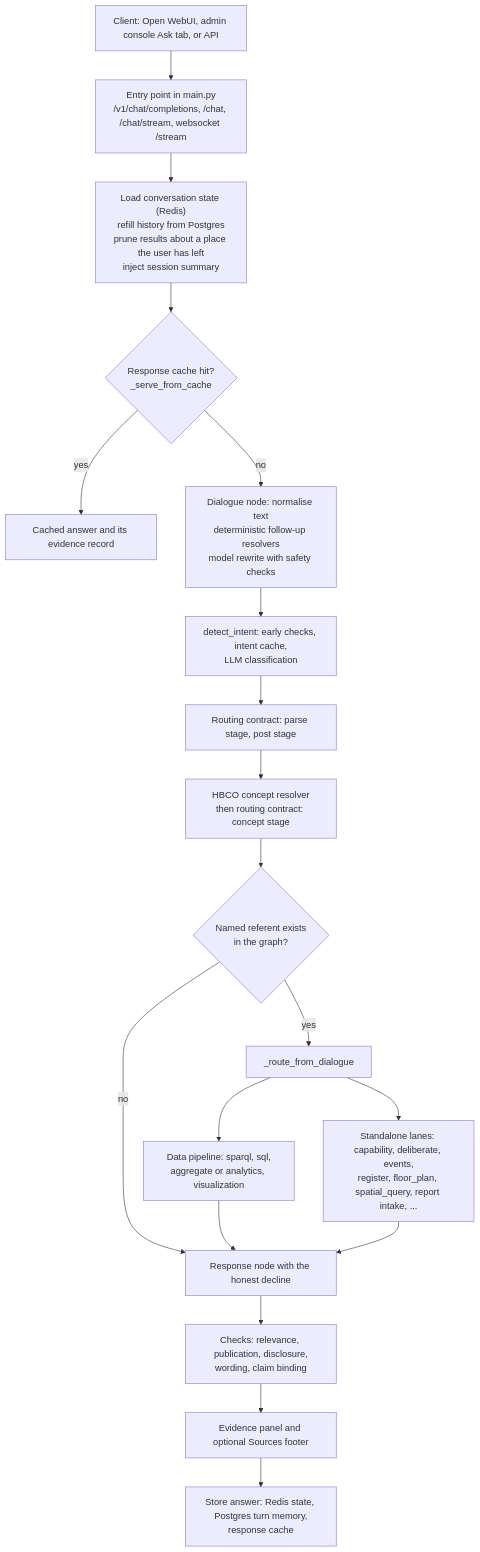
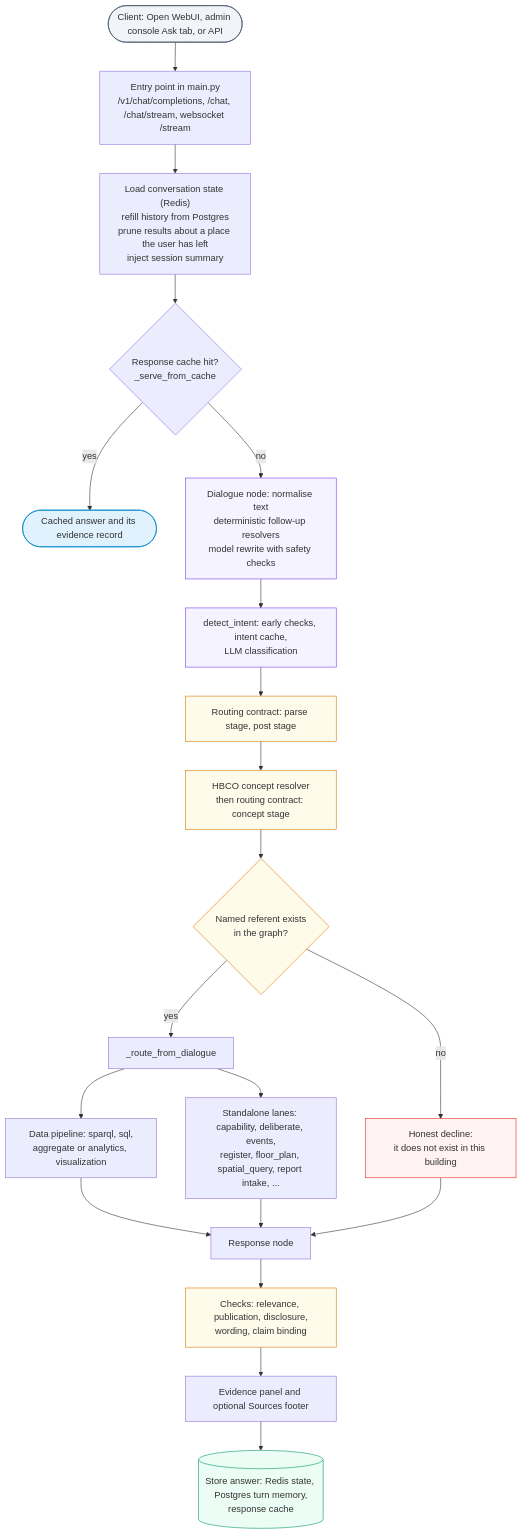
Before and after one commit to suhasdevmane/suhasdevmane.github.io: the first of 5 diagrams in _docs/how-it-answers.md, drawn with Mermaid. The commit also changed other lines of this file and 958 other files, not shown here.

````diff
--- a/_docs/how-it-answers.md
+++ b/_docs/how-it-answers.md
@@ -43,21 +42,30 @@
 ```mermaid
+%% caption: The path of one question. Purple steps call a language model; amber steps are checks; the red branch is the honest decline when a named place is not in the graph.
 flowchart TD
-    A["Client: Open WebUI, admin console Ask tab, or API"] --> B["Entry point in main.py<br/>/v1/chat/completions, /chat, /chat/stream, websocket /stream"]
+    A(["Client: Open WebUI, admin console Ask tab, or API"]):::user --> B["Entry point in main.py<br/>/v1/chat/completions, /chat, /chat/stream, websocket /stream"]
     B --> C["Load conversation state (Redis)<br/>refill history from Postgres<br/>prune results about a place the user has left<br/>inject session summary"]
     C --> D{"Response cache hit?<br/>_serve_from_cache"}
-    D -- yes --> Z["Cached answer and its evidence record"]
-    D -- no --> E["Dialogue node: normalise text<br/>deterministic follow-up resolvers<br/>model rewrite with safety checks"]
-    E --> F["detect_intent: early checks, intent cache,<br/>LLM classification"]
-    F --> G["Routing contract: parse stage, post stage"]
-    G --> H["HBCO concept resolver<br/>then routing contract: concept stage"]
-    H --> I{"Named referent exists<br/>in the graph?"}
-    I -- no --> R["Response node with the honest decline"]
+    D -- yes --> Z(["Cached answer and its evidence record"]):::answer
+    D -- no --> E["Dialogue node: normalise text<br/>deterministic follow-up resolvers<br/>model rewrite with safety checks"]:::llm
+    E --> F["detect_intent: early checks, intent cache,<br/>LLM classification"]:::llm
+    F --> G["Routing contract: parse stage, post stage"]:::check
+    G --> H["HBCO concept resolver<br/>then routing contract: concept stage"]:::check
+    H --> I{"Named referent exists<br/>in the graph?"}:::check
+    I -- no --> X["Honest decline:<br/>it does not exist in this building"]:::stop
     I -- yes --> J["_route_from_dialogue"]
     J --> K["Data pipeline: sparql, sql,<br/>aggregate or analytics, visualization"]
     J --> L["Standalone lanes: capability, deliberate, events,<br/>register, floor_plan, spatial_query, report intake, ..."]
-    K --> R
+    K --> R["Response node"]
     L --> R
-    R --> S["Checks: relevance, publication, disclosure,<br/>wording, claim binding"]
+    X --> R
+    R --> S["Checks: relevance, publication, disclosure,<br/>wording, claim binding"]:::check
     S --> T["Evidence panel and optional Sources footer"]
-    T --> U["Store answer: Redis state, Postgres turn memory,<br/>response cache"]
+    T --> U[("Store answer: Redis state, Postgres turn memory,<br/>response cache")]:::store
+
+    classDef user fill:#f1f5f9,stroke:#475569
+    classDef llm fill:#f5f3ff,stroke:#7c3aed
+    classDef check fill:#fffbeb,stroke:#d97706
+    classDef stop fill:#fef2f2,stroke:#dc2626
+    classDef store fill:#ecfdf5,stroke:#059669
+    classDef answer fill:#e0f2fe,stroke:#0284c7
 ```
````
